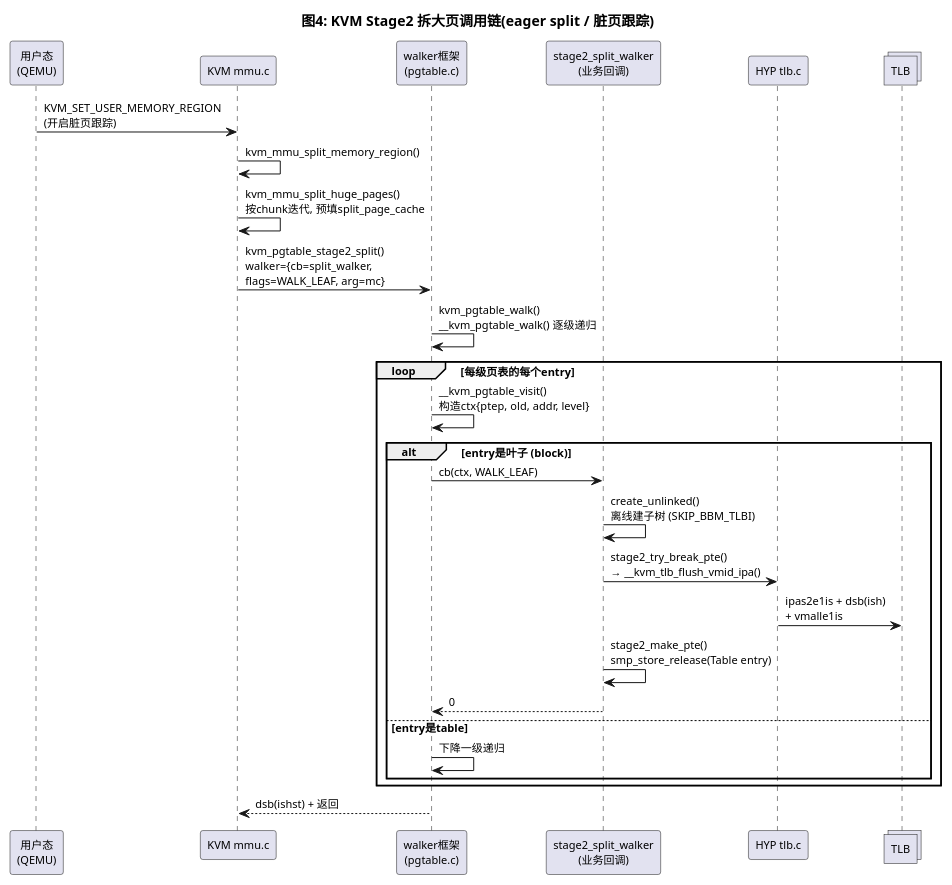
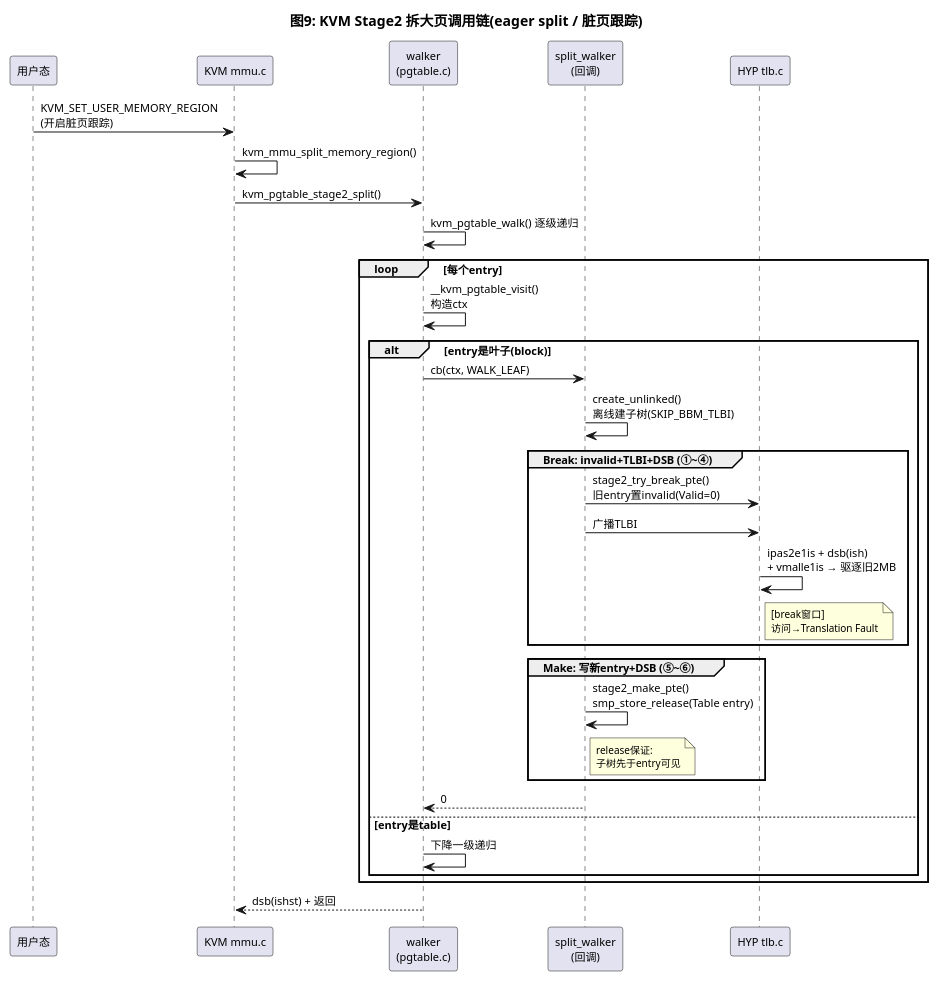
One commit to AkiraZheng/AkiraZheng.github.io changed the tenth of 13 diagrams in source/_posts/ARM64-BBML源码分析-BBML0-BBML3.md. Above: the diagram before and after it, drawn with PlantUML. The commit also changed other lines of this file and 4 other files, not shown here.

````diff
--- a/source/_posts/ARM64-BBML源码分析-BBML0-BBML3.md
+++ b/source/_posts/ARM64-BBML源码分析-BBML0-BBML3.md
@@ -598,34 +1057,44 @@
 ```plantuml
 @startuml
 skinparam backgroundColor white
 skinparam defaultFontSize 11
-title 图4: KVM Stage2 拆大页调用链(eager split / 脏页跟踪)
+skinparam noteFontSize 10
+skinparam ParticipantPadding 10
+title 图9: KVM Stage2 拆大页调用链(eager split / 脏页跟踪)
 
-participant "用户态\n(QEMU)" as QEMU
+participant "用户态" as QEMU
 participant "KVM mmu.c" as KVM
-participant "walker框架\n(pgtable.c)" as WK
-participant "stage2_split_walker\n(业务回调)" as CB
+participant "walker\n(pgtable.c)" as WK
+participant "split_walker\n(回调)" as CB
 participant "HYP tlb.c" as HYP
-collections "TLB" as TLB
 
 QEMU -> KVM : KVM_SET_USER_MEMORY_REGION\n(开启脏页跟踪)
 KVM -> KVM : kvm_mmu_split_memory_region()
-KVM -> KVM : kvm_mmu_split_huge_pages()\n按chunk迭代, 预填split_page_cache
-KVM -> WK : kvm_pgtable_stage2_split()\nwalker={cb=split_walker,\nflags=WALK_LEAF, arg=mc}
-WK -> WK : kvm_pgtable_walk()\n__kvm_pgtable_walk() 逐级递归
-loop 每级页表的每个entry
-  WK -> WK : __kvm_pgtable_visit()\n构造ctx{ptep, old, addr, level}
-  alt entry是叶子 (block)
+KVM -> WK : kvm_pgtable_stage2_split()
+WK -> WK : kvm_pgtable_walk() 逐级递归
+loop 每个entry
+  WK -> WK : __kvm_pgtable_visit()\n构造ctx
+  alt entry是叶子(block)
     WK -> CB : cb(ctx, WALK_LEAF)
-    CB -> CB : create_unlinked()\n离线建子树 (SKIP_BBM_TLBI)
-    CB -> HYP : stage2_try_break_pte()\n→ __kvm_tlb_flush_vmid_ipa()
-    HYP -> TLB : ipas2e1is + dsb(ish)\n+ vmalle1is
-    CB -> CB : stage2_make_pte()\nsmp_store_release(Table entry)
+    CB -> CB : create_unlinked()\n离线建子树(SKIP_BBM_TLBI)
+
+    group Break: invalid+TLBI+DSB (①~④)
+      CB -> HYP : stage2_try_break_pte()\n旧entry置invalid(Valid=0)
+      CB -> HYP : 广播TLBI
+      HYP -> HYP : ipas2e1is + dsb(ish)\n+ vmalle1is → 驱逐旧2MB
+      note right of HYP : [break窗口]\n访问→Translation Fault
+    end group
+
+    group Make: 写新entry+DSB (⑤~⑥)
+      CB -> CB : stage2_make_pte()\nsmp_store_release(Table entry)
+      note right of CB : release保证:\n子树先于entry可见
+    end group
+
     CB --> WK : 0
   else entry是table
     WK -> WK : 下降一级递归
   end
 end
 WK --> KVM : dsb(ishst) + 返回
 @enduml
 ```
````
